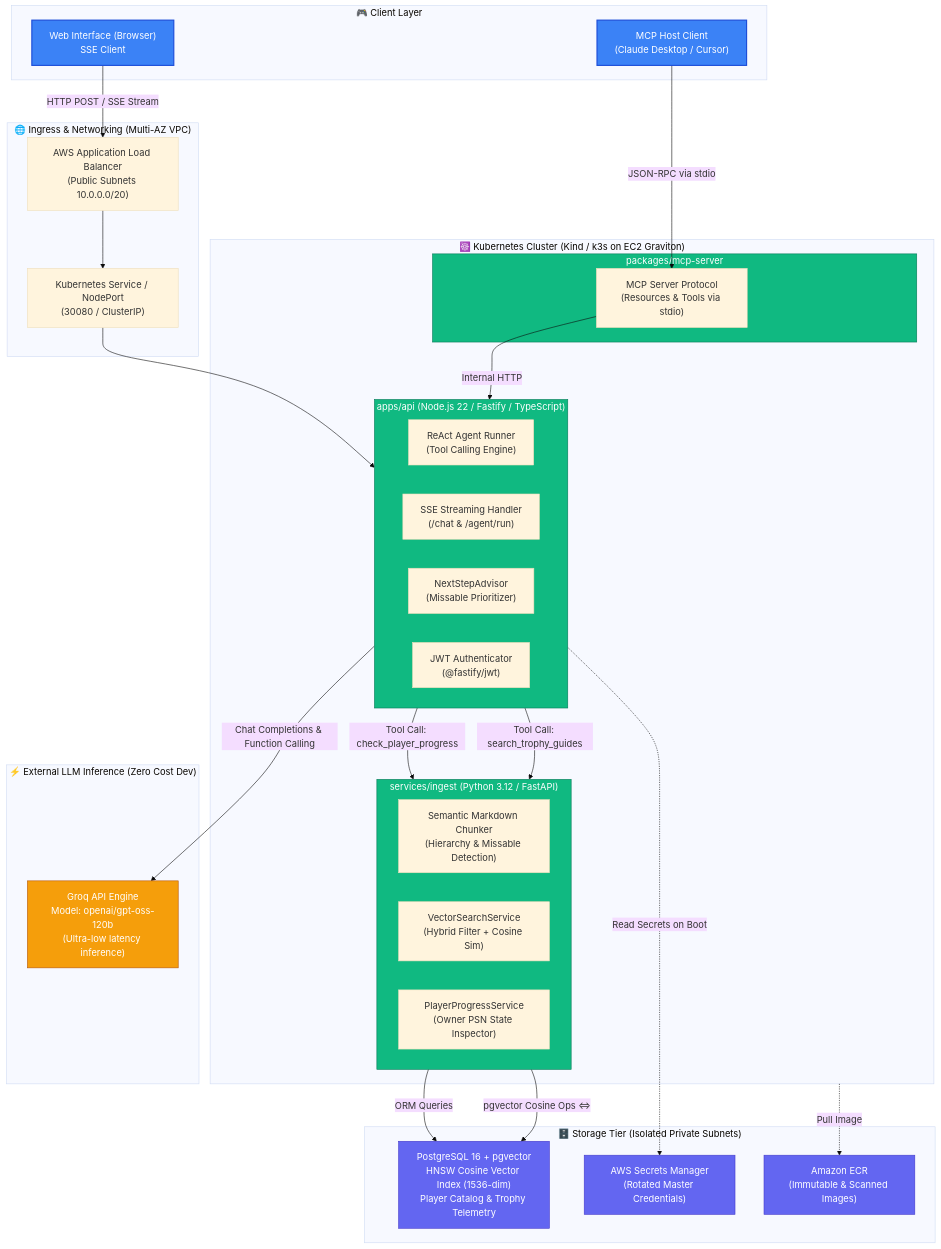
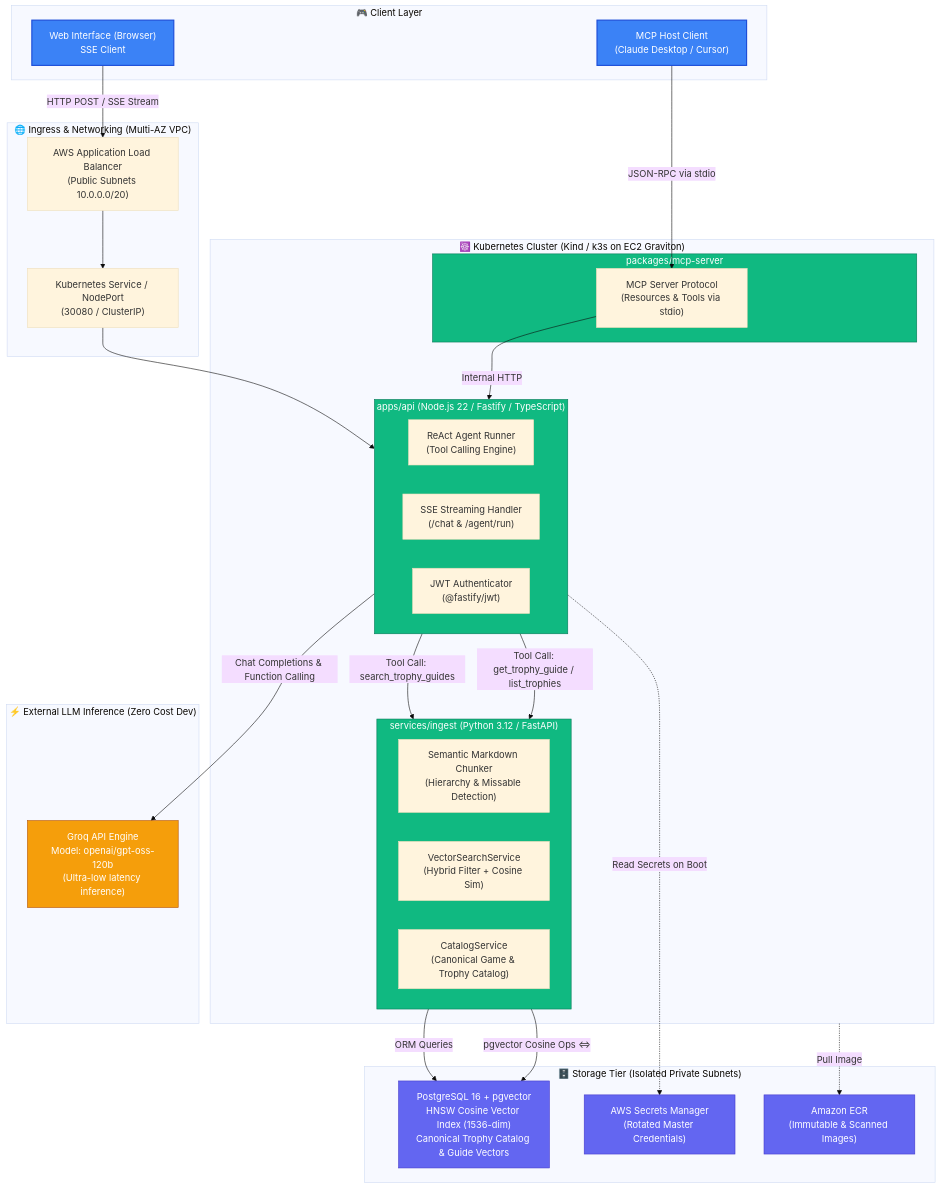
Before and after one commit to WeineOlliver/platina-ai: the first of 3 diagrams in docs/architecture.md, drawn with Mermaid (base theme). The commit also changed other lines of this file and 66 other files, not shown here.

Commit message:
refactor: remove PSN integration, player progress, and third-party data tracking

````diff
--- a/docs/architecture.md
+++ b/docs/architecture.md
@@ -9,72 +9,71 @@
 ```mermaid
 graph TB
   %% Client Tier
   subgraph Clients [" 🎮 Client Layer "]
     Browser["Web Interface (Browser)<br/>SSE Client"]
     MCPClient["MCP Host Client<br/>(Claude Desktop / Cursor)"]
   end
 
   %% Ingress Tier
   subgraph Ingress [" 🌐 Ingress & Networking (Multi-AZ VPC) "]
     ALB["AWS Application Load Balancer<br/>(Public Subnets 10.0.0.0/20)"]
     K8sService["Kubernetes Service / NodePort<br/>(30080 / ClusterIP)"]
   end
 
   %% Compute Tier
   subgraph K8s [" ☸️ Kubernetes Cluster (Kind / k3s on EC2 Graviton) "]
     subgraph API_Pod [" apps/api (Node.js 22 / Fastify / TypeScript) "]
       AgentRunner["ReAct Agent Runner<br/>(Tool Calling Engine)"]
       SSEHandler["SSE Streaming Handler<br/>(/chat & /agent/run)"]
-      Advisor["NextStepAdvisor<br/>(Missable Prioritizer)"]
       JWTAuth["JWT Authenticator<br/>(@fastify/jwt)"]
     end
 
     subgraph MCPServer [" packages/mcp-server "]
       StdioMCP["MCP Server Protocol<br/>(Resources & Tools via stdio)"]
     end
 
     subgraph Ingest_Pod [" services/ingest (Python 3.12 / FastAPI) "]
       Chunker["Semantic Markdown Chunker<br/>(Hierarchy & Missable Detection)"]
       VectorSearch["VectorSearchService<br/>(Hybrid Filter + Cosine Sim)"]
-      PlayerSvc["PlayerProgressService<br/>(Owner PSN State Inspector)"]
+      CatalogService["CatalogService<br/>(Canonical Game & Trophy Catalog)"]
     end
   end
 
   %% External AI
   subgraph ExternalAI [" ⚡ External LLM Inference (Zero Cost Dev) "]
     Groq["Groq API Engine<br/>Model: openai/gpt-oss-120b<br/>(Ultra-low latency inference)"]
   end
 
   %% Storage Tier
   subgraph Storage [" 🗄️ Storage Tier (Isolated Private Subnets) "]
-    RDS["PostgreSQL 16 + pgvector<br/>HNSW Cosine Vector Index (1536-dim)<br/>Player Catalog & Trophy Telemetry"]
+    RDS["PostgreSQL 16 + pgvector<br/>HNSW Cosine Vector Index (1536-dim)<br/>Canonical Trophy Catalog & Guide Vectors"]
     SecretsManager["AWS Secrets Manager<br/>(Rotated Master Credentials)"]
     ECR["Amazon ECR<br/>(Immutable & Scanned Images)"]
   end
 
   %% Data Flow Connections
   Browser -->|HTTP POST / SSE Stream| ALB
   MCPClient -->|JSON-RPC via stdio| StdioMCP
   StdioMCP -->|Internal HTTP| API_Pod
   ALB --> K8sService
   K8sService --> API_Pod
 
+  API_Pod -->|Tool Call: get_trophy_guide / list_trophies| Ingest_Pod
   API_Pod -->|Tool Call: search_trophy_guides| Ingest_Pod
-  API_Pod -->|Tool Call: check_player_progress| Ingest_Pod
   API_Pod -->|Chat Completions & Function Calling| Groq
 
   Ingest_Pod -->|pgvector Cosine Ops <=>| RDS
   Ingest_Pod -->|ORM Queries| RDS
   API_Pod -.->|Read Secrets on Boot| SecretsManager
   K8s -.->|Pull Image| ECR
 
   classDef clientStyle fill:#3b82f6,stroke:#1d4ed8,stroke-width:2px,color:#fff;
   classDef appStyle fill:#10b981,stroke:#047857,stroke_width:2px,color:#fff;
   classDef aiStyle fill:#f59e0b,stroke:#b45309,stroke_width:2px,color:#fff;
   classDef dataStyle fill:#6366f1,stroke:#4338ca,stroke_width:2px,color:#fff;
 
   class Browser,MCPClient clientStyle;
   class API_Pod,Ingest_Pod,MCPServer appStyle;
   class Groq aiStyle;
   class RDS,SecretsManager,ECR dataStyle;
 ```
````
